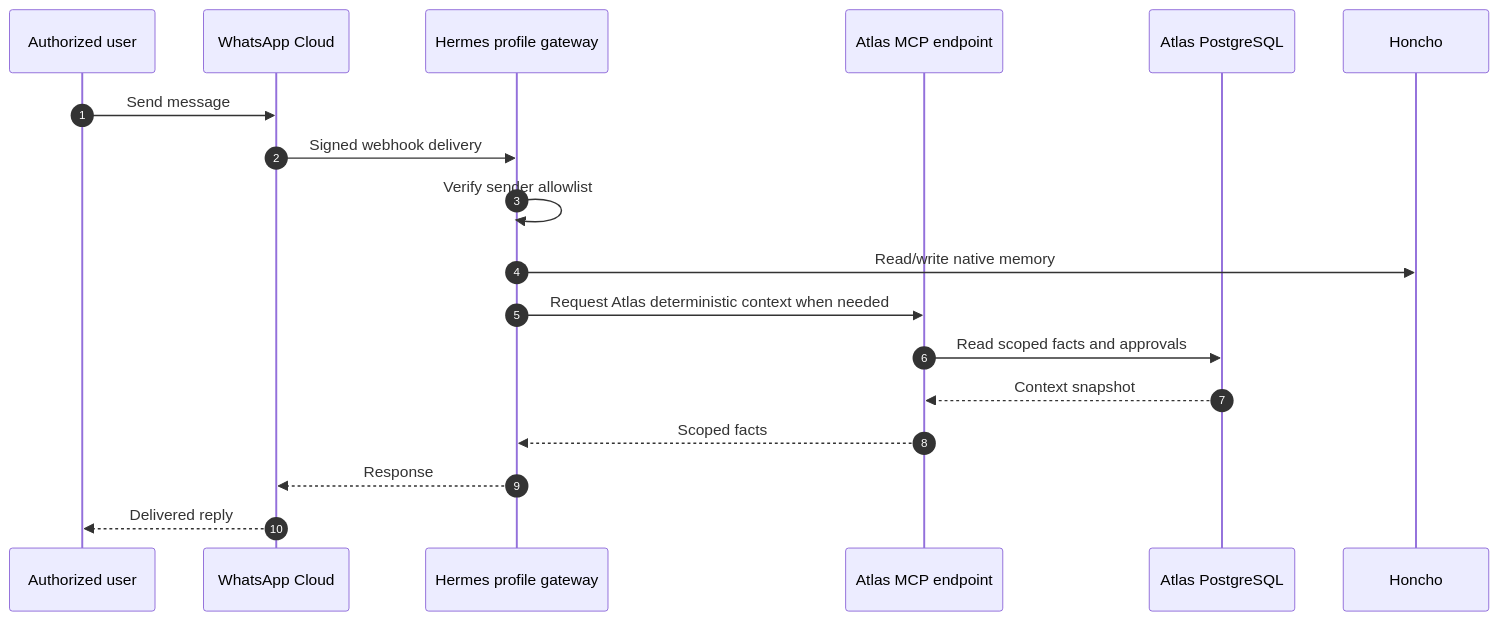
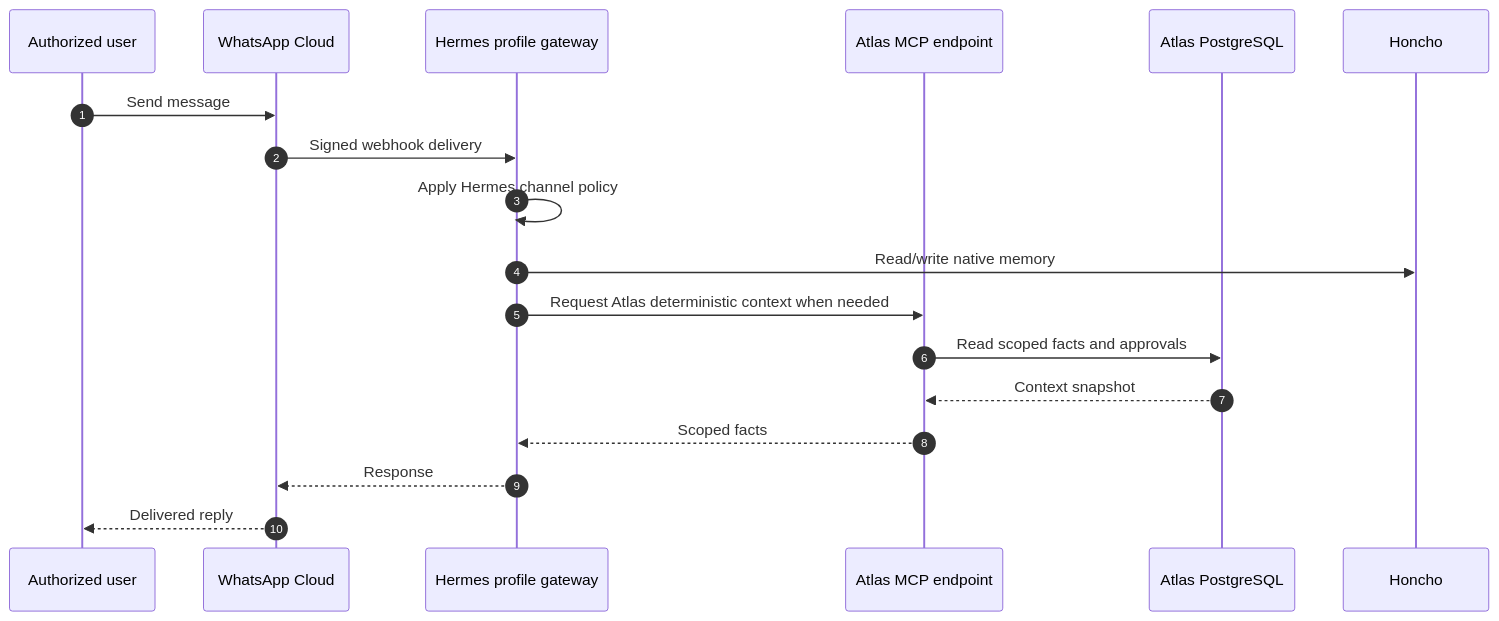
One commit to itspalomo/project-atlas changed the third of 5 diagrams in docs/architecture.md. Above: the diagram before and after it, drawn with Mermaid. The commit also changed other lines of this file and 13 other files, not shown here.

````diff
--- a/docs/architecture.md
+++ b/docs/architecture.md
@@ -128,21 +128,21 @@
 ```mermaid
 sequenceDiagram
   autonumber
   participant User as Authorized user
   participant WA as WhatsApp Cloud
   participant H as Hermes profile gateway
   participant MCP as Atlas MCP endpoint
   participant DB as Atlas PostgreSQL
   participant HC as Honcho
 
   User->>WA: Send message
   WA->>H: Signed webhook delivery
-  H->>H: Verify sender allowlist
+  H->>H: Apply Hermes channel policy
   H->>HC: Read/write native memory
   H->>MCP: Request Atlas deterministic context when needed
   MCP->>DB: Read scoped facts and approvals
   DB-->>MCP: Context snapshot
   MCP-->>H: Scoped facts
   H-->>WA: Response
   WA-->>User: Delivered reply
 ```
````
